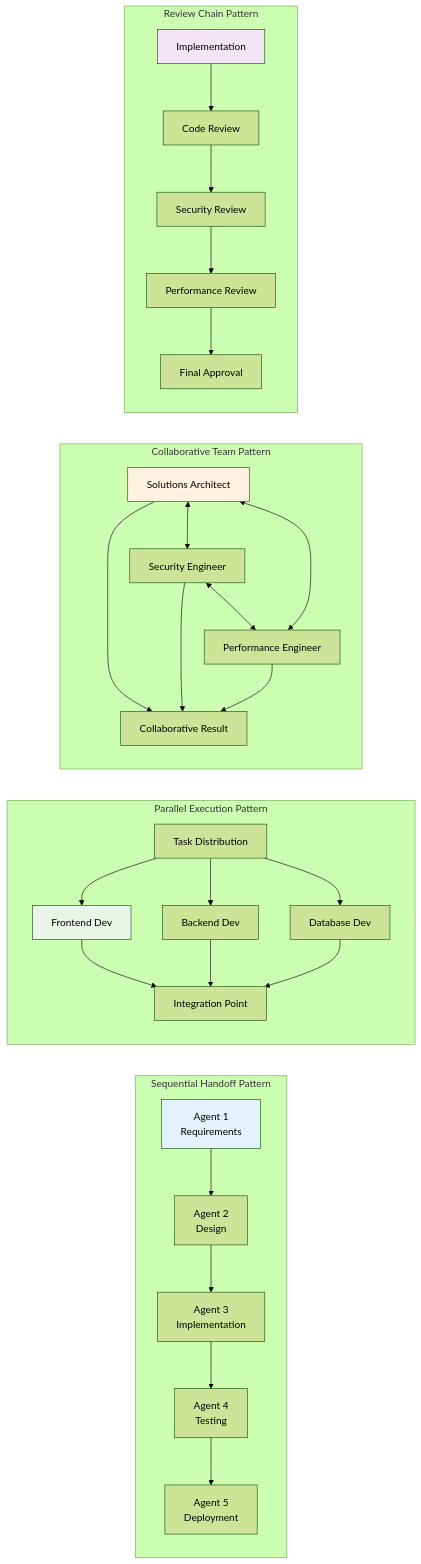
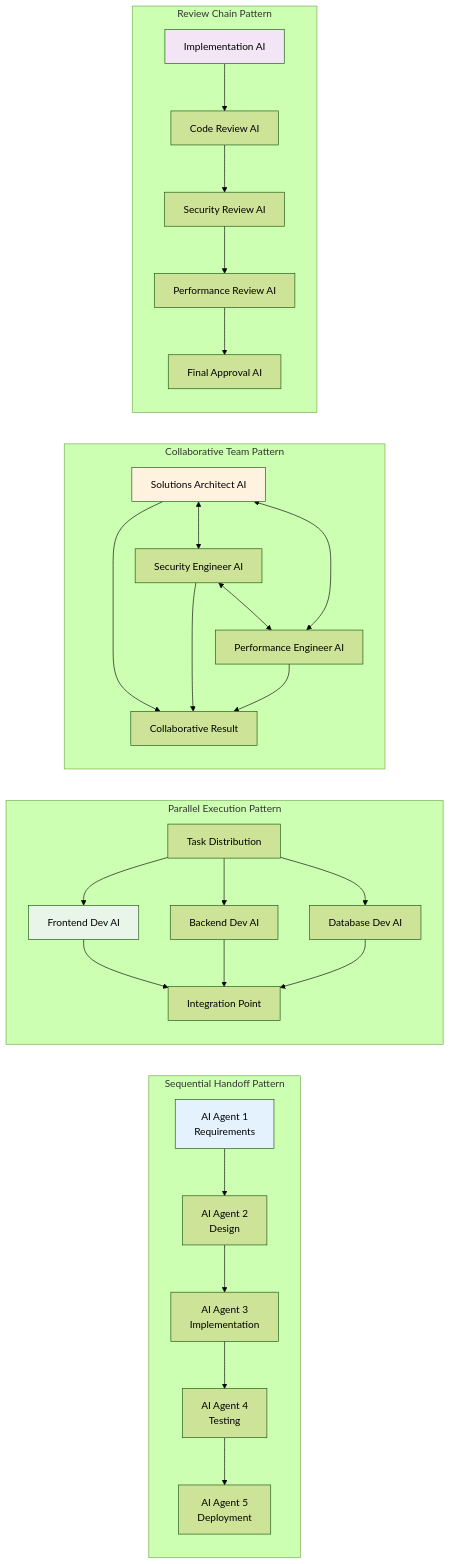
Before and after one commit to usemanusai/CodeMAD: the fifth of 6 diagrams in README.md, drawn with Mermaid (forest theme). The commit also changed other lines of this file, not shown here.

First line of the commit message:
Fix: Replace incorrect npm/Python setup instructions with correct AI agent orchestration content

````diff
--- a/README.md
+++ b/README.md
@@ -137,39 +225,39 @@
 ```mermaid
 graph LR
     subgraph "Sequential Handoff Pattern"
-        S1[Agent 1<br/>Requirements] --> S2[Agent 2<br/>Design]
-        S2 --> S3[Agent 3<br/>Implementation]
-        S3 --> S4[Agent 4<br/>Testing]
-        S4 --> S5[Agent 5<br/>Deployment]
+        S1[AI Agent 1<br/>Requirements] --> S2[AI Agent 2<br/>Design]
+        S2 --> S3[AI Agent 3<br/>Implementation]
+        S3 --> S4[AI Agent 4<br/>Testing]
+        S4 --> S5[AI Agent 5<br/>Deployment]
     end
 
     subgraph "Parallel Execution Pattern"
-        P0[Task Distribution] --> P1[Frontend Dev]
-        P0 --> P2[Backend Dev]
-        P0 --> P3[Database Dev]
+        P0[Task Distribution] --> P1[Frontend Dev AI]
+        P0 --> P2[Backend Dev AI]
+        P0 --> P3[Database Dev AI]
         P1 --> PI[Integration Point]
         P2 --> PI
         P3 --> PI
     end
 
     subgraph "Collaborative Team Pattern"
-        C1[Solutions Architect] <--> C2[Security Engineer]
-        C2 <--> C3[Performance Engineer]
+        C1[Solutions Architect AI] <--> C2[Security Engineer AI]
+        C2 <--> C3[Performance Engineer AI]
         C3 <--> C1
         C1 --> CR[Collaborative Result]
         C2 --> CR
         C3 --> CR
     end
 
     subgraph "Review Chain Pattern"
-        R1[Implementation] --> R2[Code Review]
-        R2 --> R3[Security Review]
-        R3 --> R4[Performance Review]
-        R4 --> R5[Final Approval]
+        R1[Implementation AI] --> R2[Code Review AI]
+        R2 --> R3[Security Review AI]
+        R3 --> R4[Performance Review AI]
+        R4 --> R5[Final Approval AI]
     end
 
     style S1 fill:#e3f2fd
     style P1 fill:#e8f5e8
     style C1 fill:#fff3e0
     style R1 fill:#f3e5f5
 ```
````
